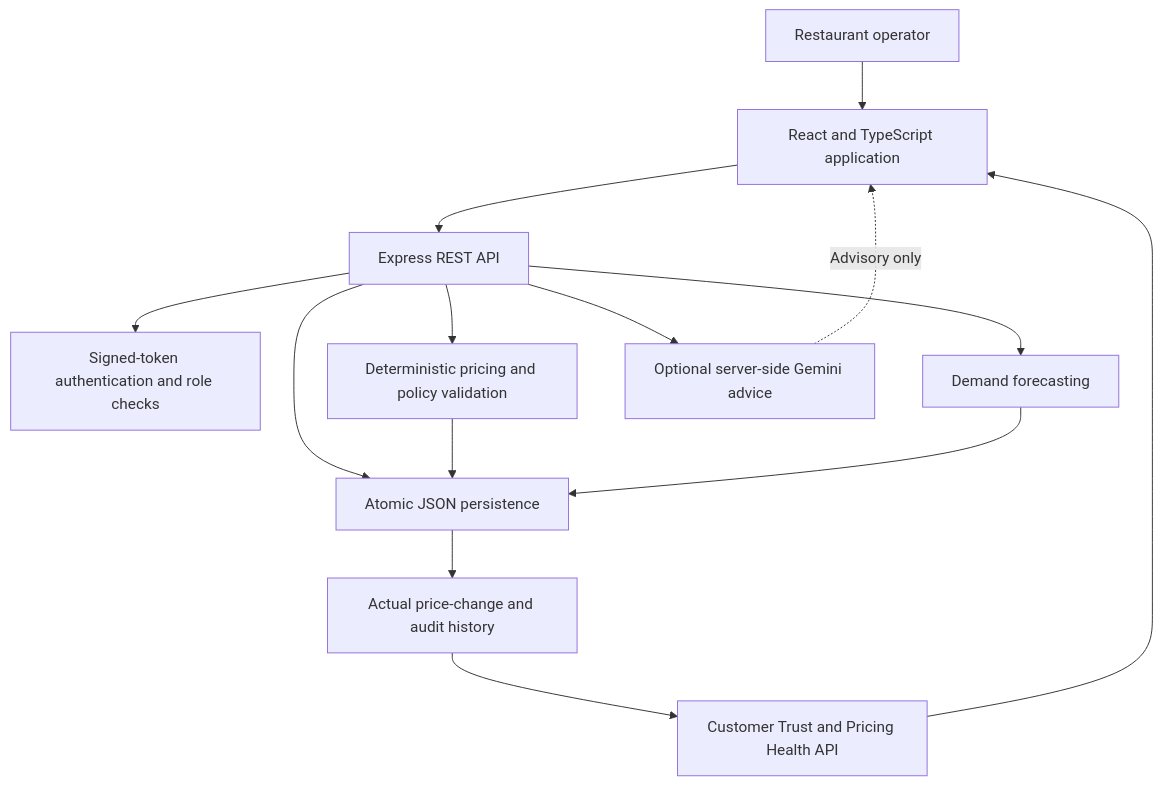
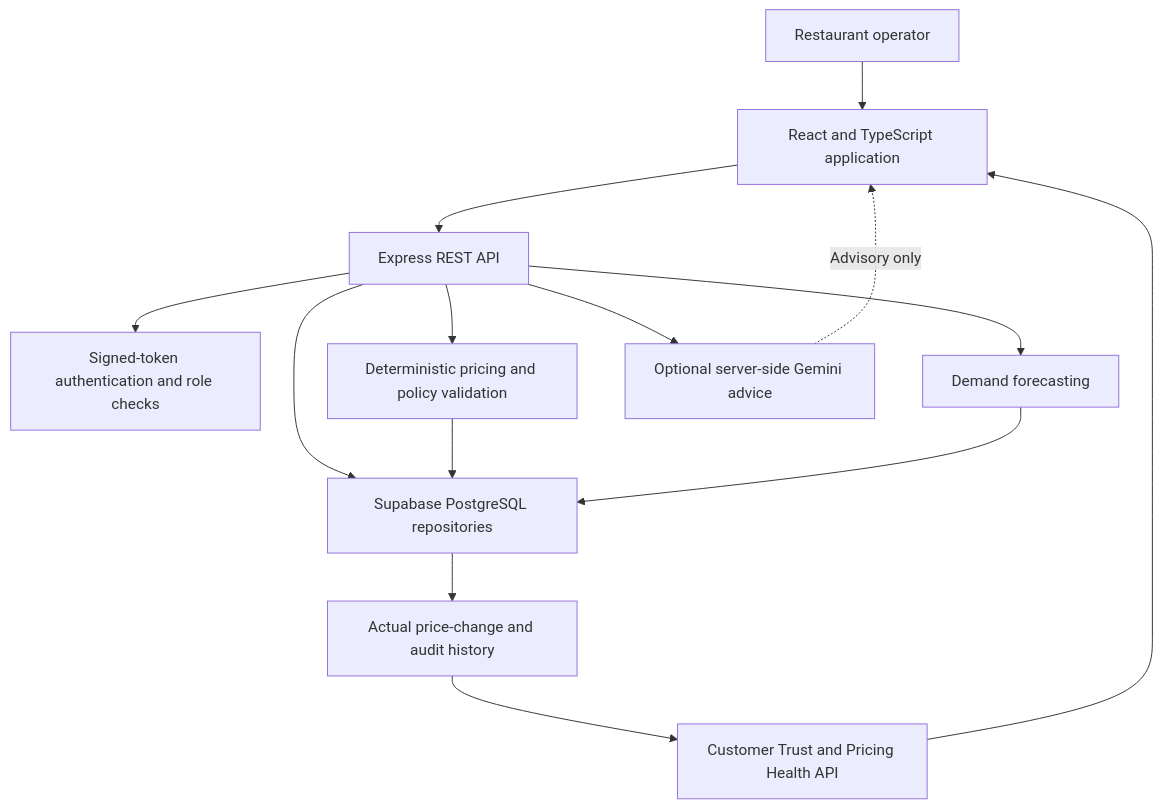
Before and after one commit to Mateenjr7/Restaurant-IQ: the diagram in README.md, drawn with Mermaid. The commit also changed other lines of this file and 20 other files, not shown here.

Commit message:
Harden PostgreSQL persistence and worker CSP

````diff
--- a/README.md
+++ b/README.md
@@ -112,16 +112,16 @@
 ```mermaid
 flowchart TD
     Operator[Restaurant operator] --> UI[React and TypeScript application]
     UI --> API[Express REST API]
     API --> Auth[Signed-token authentication and role checks]
     API --> Pricing[Deterministic pricing and policy validation]
     API --> Forecast[Demand forecasting]
-    API --> Store[Atomic JSON persistence]
+    API --> Store[Supabase PostgreSQL repositories]
     Pricing --> Store
     Forecast --> Store
     Store --> History[Actual price-change and audit history]
     History --> Trust[Customer Trust and Pricing Health API]
     Trust --> UI
     API --> Gemini[Optional server-side Gemini advice]
     Gemini -. Advisory only .-> UI
 ```
````
